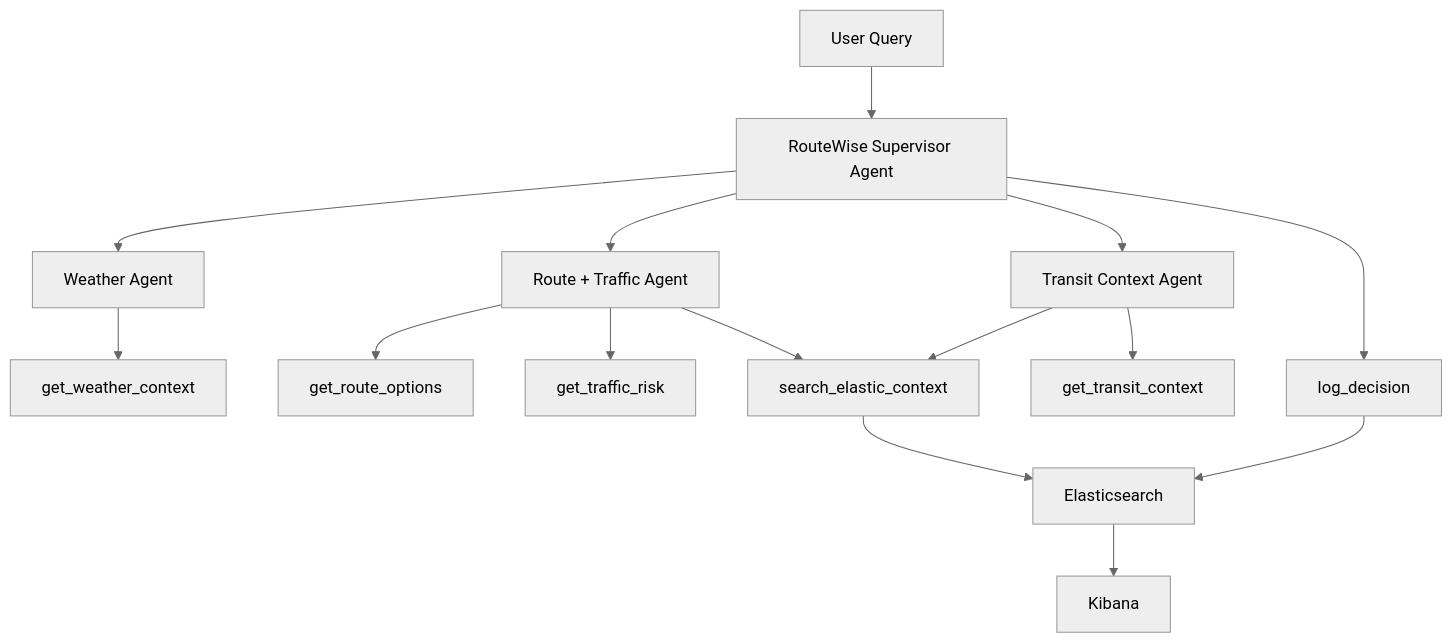
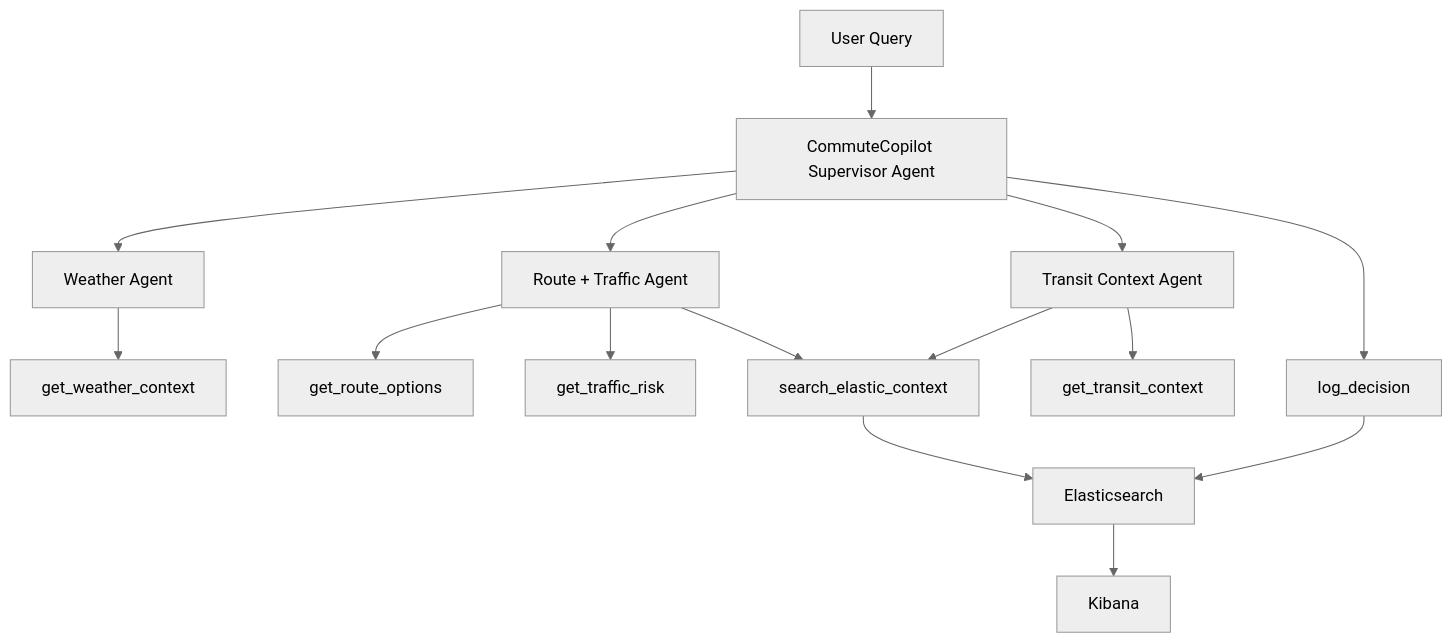
Before and after one commit to Srish-ty/commute-copilot-bangalore: the diagram in docs/architecture.md, drawn with Mermaid (neutral theme). The commit also changed other lines of this file and 11 other files, not shown here.

````diff
--- a/docs/architecture.md
+++ b/docs/architecture.md
@@ -16,17 +16,17 @@
 ```mermaid
 flowchart TD
-    User["User Query"] --> Supervisor["RouteWise Supervisor Agent"]
+    User["User Query"] --> Supervisor["CommuteCopilot Supervisor Agent"]
     Supervisor --> Weather["Weather Agent"]
     Supervisor --> RouteTraffic["Route + Traffic Agent"]
     Supervisor --> Transit["Transit Context Agent"]
     Weather --> WeatherTool["get_weather_context"]
     RouteTraffic --> RouteTool["get_route_options"]
     RouteTraffic --> TrafficTool["get_traffic_risk"]
     RouteTraffic --> SearchTool["search_elastic_context"]
     Transit --> TransitTool["get_transit_context"]
     Transit --> SearchTool
     SearchTool --> Elastic["Elasticsearch"]
     Supervisor --> LogTool["log_decision"]
     LogTool --> Elastic
     Elastic --> Kibana["Kibana"]
 ```
````
